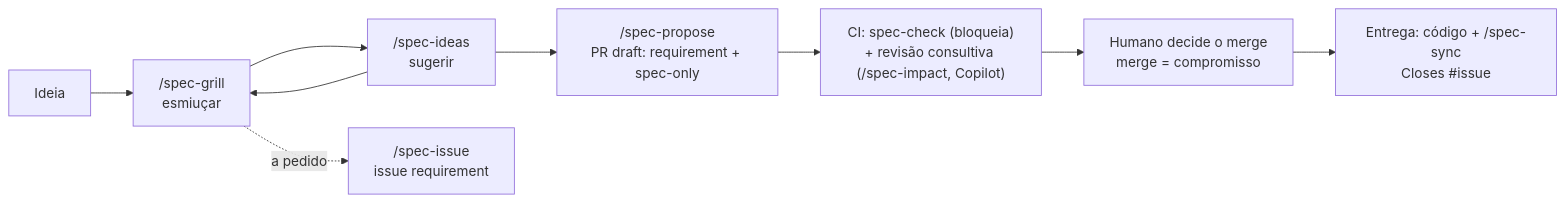
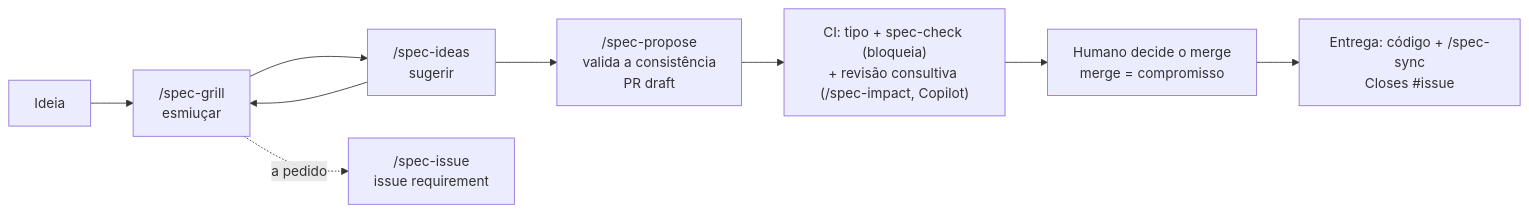
One commit to useful-toys/Tabularium changed the second of 2 diagrams in DOCUMENTATION-FLOW.md. Above: the diagram before and after it, drawn with Mermaid. The commit also changed other lines of this file and 36 other files, not shown here.

First line of the commit message:
Definição do tabularium: consistência da spec e tipos de mudança (#14)

````diff
--- a/DOCUMENTATION-FLOW.md
+++ b/DOCUMENTATION-FLOW.md
@@ -96,11 +106,11 @@
 ```mermaid
 flowchart LR
   I[Ideia] --> G["/spec-grill<br/>esmiuçar"]
   G --> D["/spec-ideas<br/>sugerir"]
   D --> G
   G -. a pedido .-> S["/spec-issue<br/>issue requirement"]
-  D --> P["/spec-propose<br/>PR draft: requirement + spec-only"]
-  P --> R["CI: spec-check (bloqueia)<br/>+ revisão consultiva (/spec-impact, Copilot)"]
+  D --> P["/spec-propose<br/>valida a consistência<br/>PR draft"]
+  P --> R["CI: tipo + spec-check (bloqueia)<br/>+ revisão consultiva (/spec-impact, Copilot)"]
   R --> A[Humano decide o merge<br/>merge = compromisso]
   A --> E["Entrega: código + /spec-sync<br/>Closes #issue"]
 ```
````
